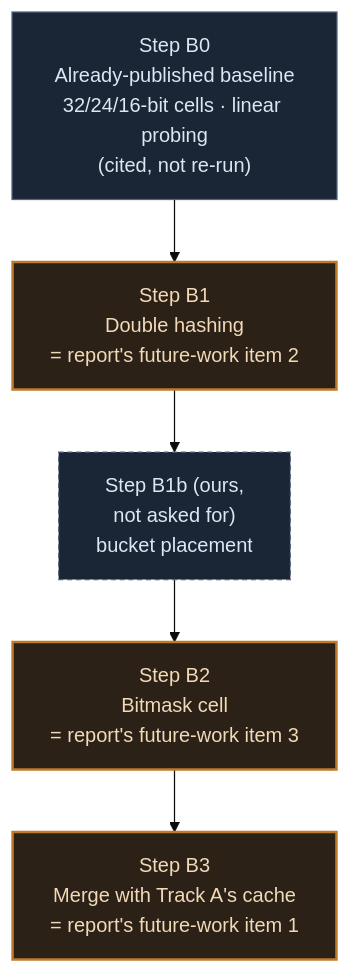
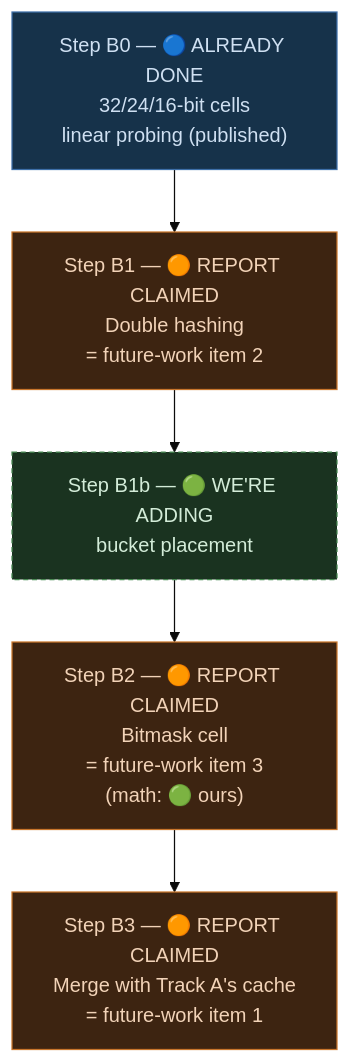
Before and after one commit to KathpaliaChirag/Nanopore-project: the third of 3 diagrams in week4plan.md, drawn with Mermaid (base theme). The commit also changed other lines of this file, not shown here.

First line of the commit message:
Added a consistent 4-tag system to week4plan.md so a first-time reader can't miss whose idea each step was

````diff
--- a/week4plan.md
+++ b/week4plan.md
@@ -107,14 +111,14 @@
 ```mermaid
 flowchart TD
-    T0["Step B0\nAlready-published baseline\n32/24/16-bit cells · linear probing\n(cited, not re-run)"] --> T1
-    T1["Step B1\nDouble hashing\n= report's future-work item 2"] --> T1b
-    T1b["Step B1b (ours,\nnot asked for)\nbucket placement"] --> T2
-    T2["Step B2\nBitmask cell\n= report's future-work item 3"] --> T3
-    T3["Step B3\nMerge with Track A's cache\n= report's future-work item 1"]
+    T0["Step B0 — 🔵 ALREADY DONE\n32/24/16-bit cells\nlinear probing (published)"] --> T1
+    T1["Step B1 — 🟠 REPORT CLAIMED\nDouble hashing\n= future-work item 2"] --> T1b
+    T1b["Step B1b — 🟢 WE'RE ADDING\nbucket placement"] --> T2
+    T2["Step B2 — 🟠 REPORT CLAIMED\nBitmask cell\n= future-work item 3\n(math: 🟢 ours)"] --> T3
+    T3["Step B3 — 🟠 REPORT CLAIMED\nMerge with Track A's cache\n= future-work item 1"]
 
-    style T0 fill:#1a2636,stroke:#52657c,color:#dce7f2
-    style T1 fill:#2b2116,stroke:#c07a2c,stroke-width:2px,color:#f2d9b8
-    style T1b fill:#1a2636,stroke:#52657c,stroke-width:1px,stroke-dasharray: 4 3,color:#dce7f2
-    style T2 fill:#2b2116,stroke:#c07a2c,stroke-width:2px,color:#f2d9b8
-    style T3 fill:#2b2116,stroke:#c07a2c,stroke-width:2px,color:#f2d9b8
+    style T0 fill:#16324a,stroke:#3d6fa8,color:#cfe0f2
+    style T1 fill:#3d2411,stroke:#c9762c,color:#f2d3b8
+    style T1b fill:#1a3320,stroke:#4a8a54,stroke-width:1px,stroke-dasharray: 4 3,color:#d3ecd8
+    style T2 fill:#3d2411,stroke:#c9762c,color:#f2d3b8
+    style T3 fill:#3d2411,stroke:#c9762c,color:#f2d3b8
 ```
````
